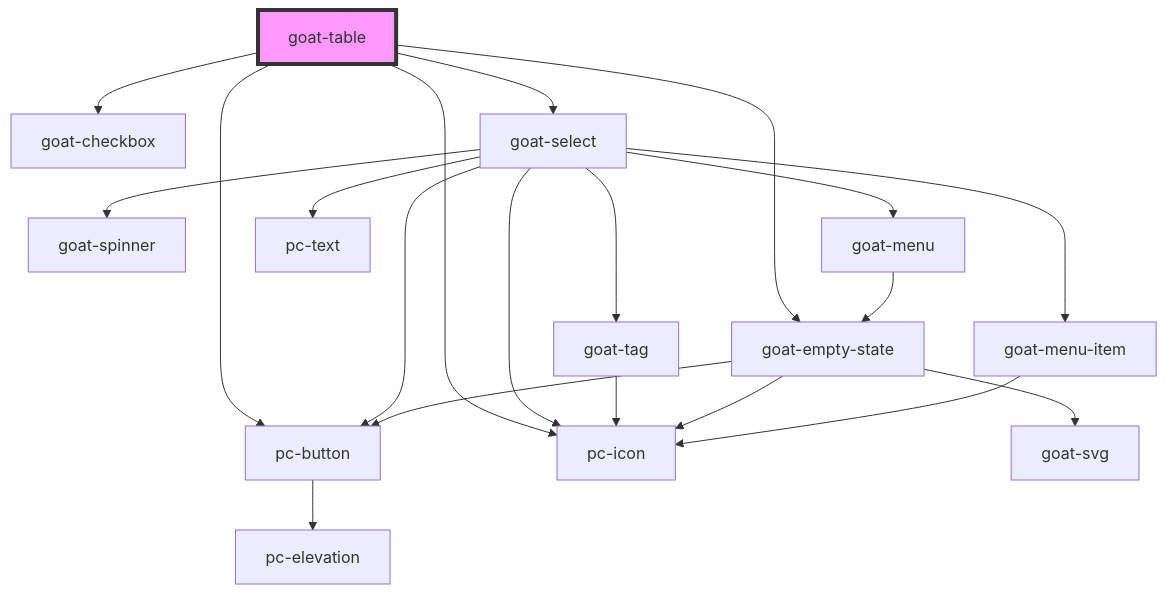
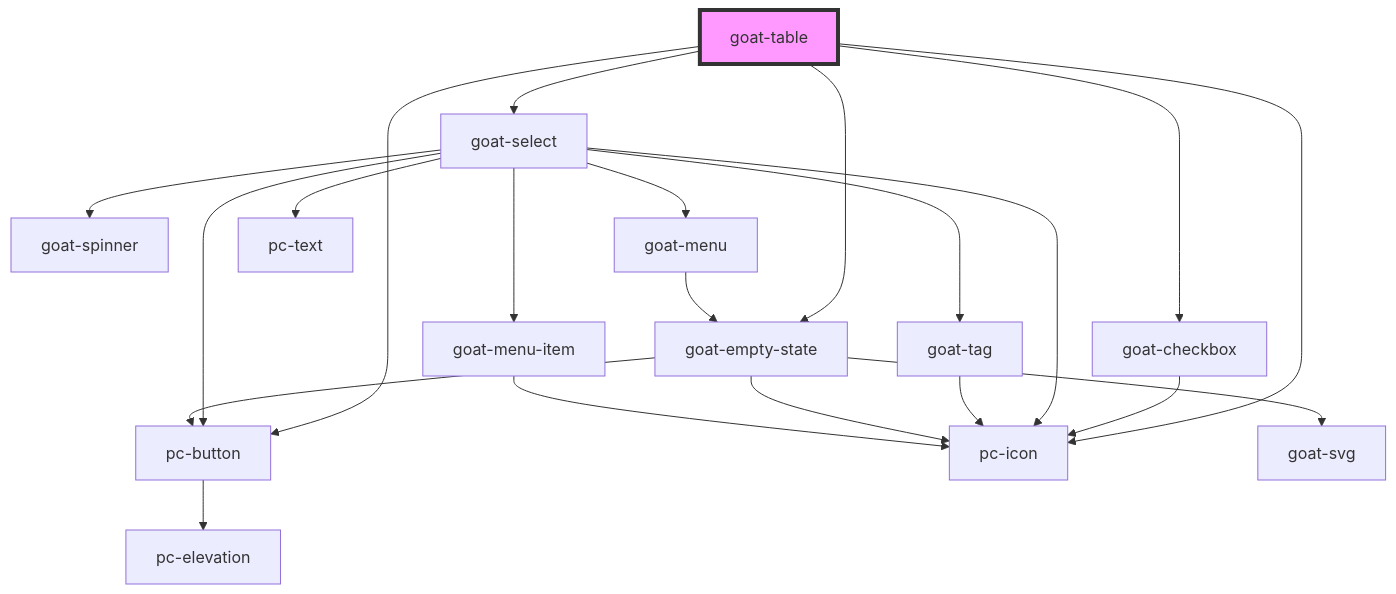
Before and after one commit to redvars/peacock: the diagram in src/components/table/readme.md, drawn with Mermaid. The commit also changed 110 other files, not shown here.

````diff
--- a/src/components/table/readme.md
+++ b/src/components/table/readme.md
@@ -51,23 +51,24 @@
 ```mermaid
 graph TD;
   goat-table --> goat-checkbox
   goat-table --> pc-button
   goat-table --> pc-icon
   goat-table --> goat-select
   goat-table --> goat-empty-state
+  goat-checkbox --> pc-icon
   pc-button --> pc-elevation
   goat-select --> pc-icon
   goat-select --> goat-tag
   goat-select --> pc-button
   goat-select --> goat-spinner
   goat-select --> goat-menu
   goat-select --> pc-text
   goat-select --> goat-menu-item
   goat-tag --> pc-icon
   goat-menu --> goat-empty-state
   goat-empty-state --> goat-svg
   goat-empty-state --> pc-button
   goat-empty-state --> pc-icon
   goat-menu-item --> pc-icon
   style goat-table fill:#f9f,stroke:#333,stroke-width:4px
 ```
````
